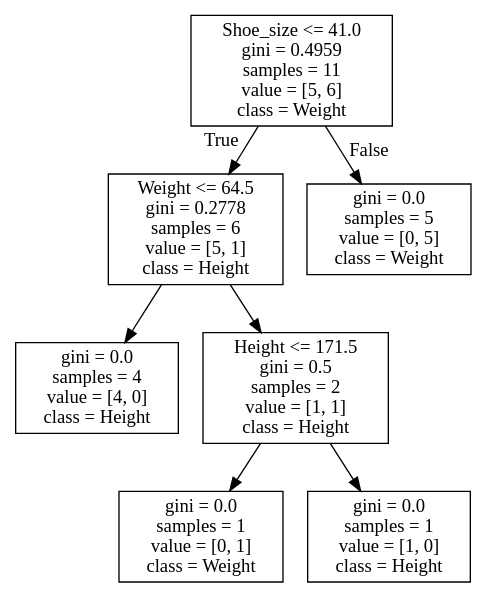
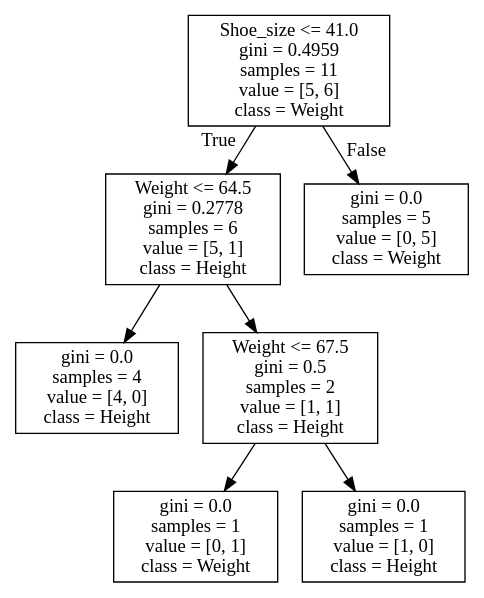
One commit to aclarkData/simple-machine-learning-examples changed the diagram in very_simple_examples/tree.dot. Above: the diagram before and after it, drawn with Graphviz. The commit also changed 3 other files, not shown here.

```diff
--- a/very_simple_examples/tree.dot
+++ b/very_simple_examples/tree.dot
@@ -1,16 +1,16 @@
 digraph Tree {
 node [shape=box] ;
 0 [label="Shoe_size <= 41.0\ngini = 0.4959\nsamples = 11\nvalue = [5, 6]\nclass = Weight"] ;
 1 [label="Weight <= 64.5\ngini = 0.2778\nsamples = 6\nvalue = [5, 1]\nclass = Height"] ;
 0 -> 1 [labeldistance=2.5, labelangle=45, headlabel="True"] ;
 2 [label="gini = 0.0\nsamples = 4\nvalue = [4, 0]\nclass = Height"] ;
 1 -> 2 ;
-3 [label="Height <= 171.5\ngini = 0.5\nsamples = 2\nvalue = [1, 1]\nclass = Height"] ;
+3 [label="Weight <= 67.5\ngini = 0.5\nsamples = 2\nvalue = [1, 1]\nclass = Height"] ;
 1 -> 3 ;
 4 [label="gini = 0.0\nsamples = 1\nvalue = [0, 1]\nclass = Weight"] ;
 3 -> 4 ;
 5 [label="gini = 0.0\nsamples = 1\nvalue = [1, 0]\nclass = Height"] ;
 3 -> 5 ;
 6 [label="gini = 0.0\nsamples = 5\nvalue = [0, 5]\nclass = Weight"] ;
 0 -> 6 [labeldistance=2.5, labelangle=-45, headlabel="False"] ;
 }
```
